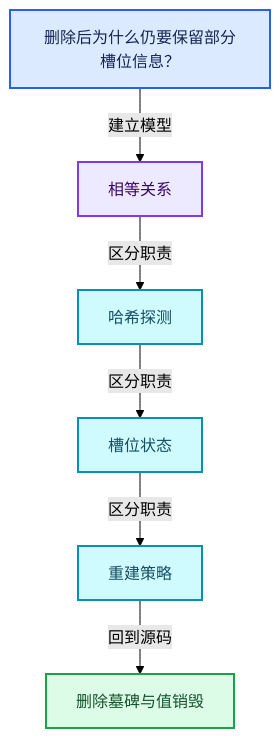
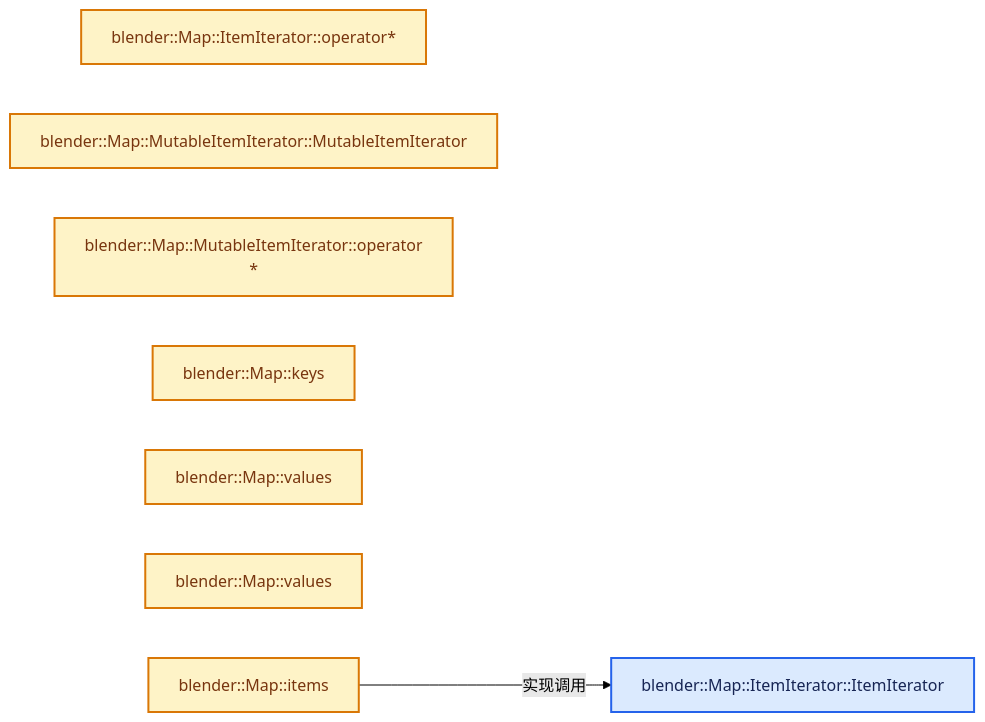
One commit to yunkezengren/blender-.vscode changed the second of 4 diagrams in 杂/markdown/全面学习-codex/02-哈希表与关联数据结构/06-删除墓碑与值销毁.md. Above: the diagram before and after it, drawn with Mermaid (forest theme). The commit also changed other lines of this file and 1930 other files, not shown here.

````diff
--- a/杂/markdown/全面学习-codex/02-哈希表与关联数据结构/06-删除墓碑与值销毁.md
+++ b/杂/markdown/全面学习-codex/02-哈希表与关联数据结构/06-删除墓碑与值销毁.md
@@ -60,20 +46,18 @@
 ```mermaid
-flowchart TB
-  Q["删除后为什么仍要保留部分槽位信息？"]:::input
-  C0["相等关系"]:::abstraction
-  C1["哈希探测"]:::data
-  C2["槽位状态"]:::data
-  C3["重建策略"]:::data
-  R["删除墓碑与值销毁"]:::result
-  Q -->|"建立模型"| C0
-  C0 -->|"区分职责"| C1
-  C1 -->|"区分职责"| C2
-  C2 -->|"区分职责"| C3
-  C3 -->|"回到源码"| R
+flowchart LR
+  F0["blender::Map::ItemIterator::ItemIterator"]:::input
+  F1["blender::Map::ItemIterator::operator*"]:::compute
+  F2["blender::Map::MutableItemIterator::MutableItemIterator"]:::compute
+  F3["blender::Map::MutableItemIterator::operator<br/>*"]:::compute
+  F4["blender::Map::keys"]:::compute
+  F5["blender::Map::values"]:::compute
+  F6["blender::Map::values"]:::compute
+  F7["blender::Map::items"]:::compute
+  F7 -->|"实现调用"| F0
   classDef input fill:#DBEAFE,stroke:#2563EB,color:#172554,stroke-width:2px;
   classDef data fill:#CFFAFE,stroke:#0891B2,color:#164E63,stroke-width:2px;
   classDef abstraction fill:#EDE9FE,stroke:#7C3AED,color:#3B0764,stroke-width:2px;
   classDef compute fill:#FEF3C7,stroke:#D97706,color:#78350F,stroke-width:2px;
   classDef result fill:#DCFCE7,stroke:#16A34A,color:#14532D,stroke-width:2px;
   classDef error fill:#FEE2E2,stroke:#DC2626,color:#7F1D1D,stroke-width:2px;
 ```
````
